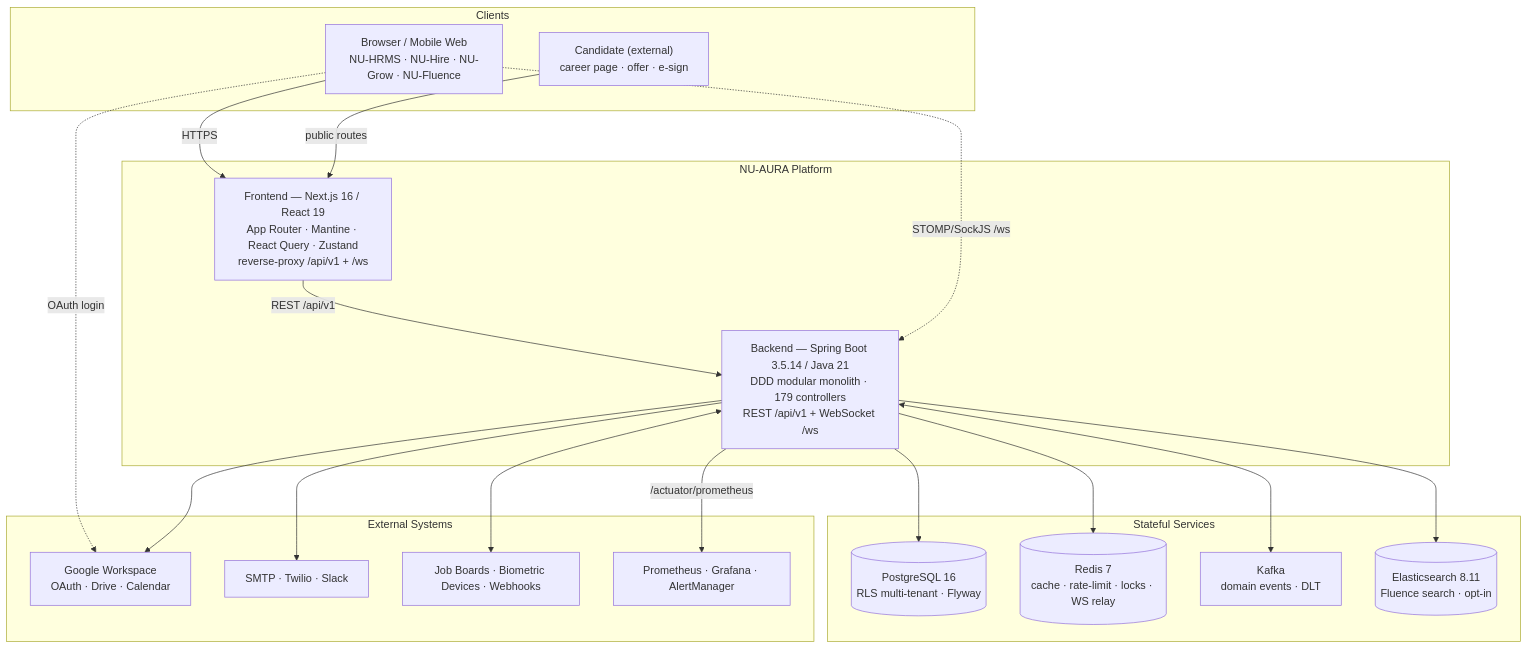
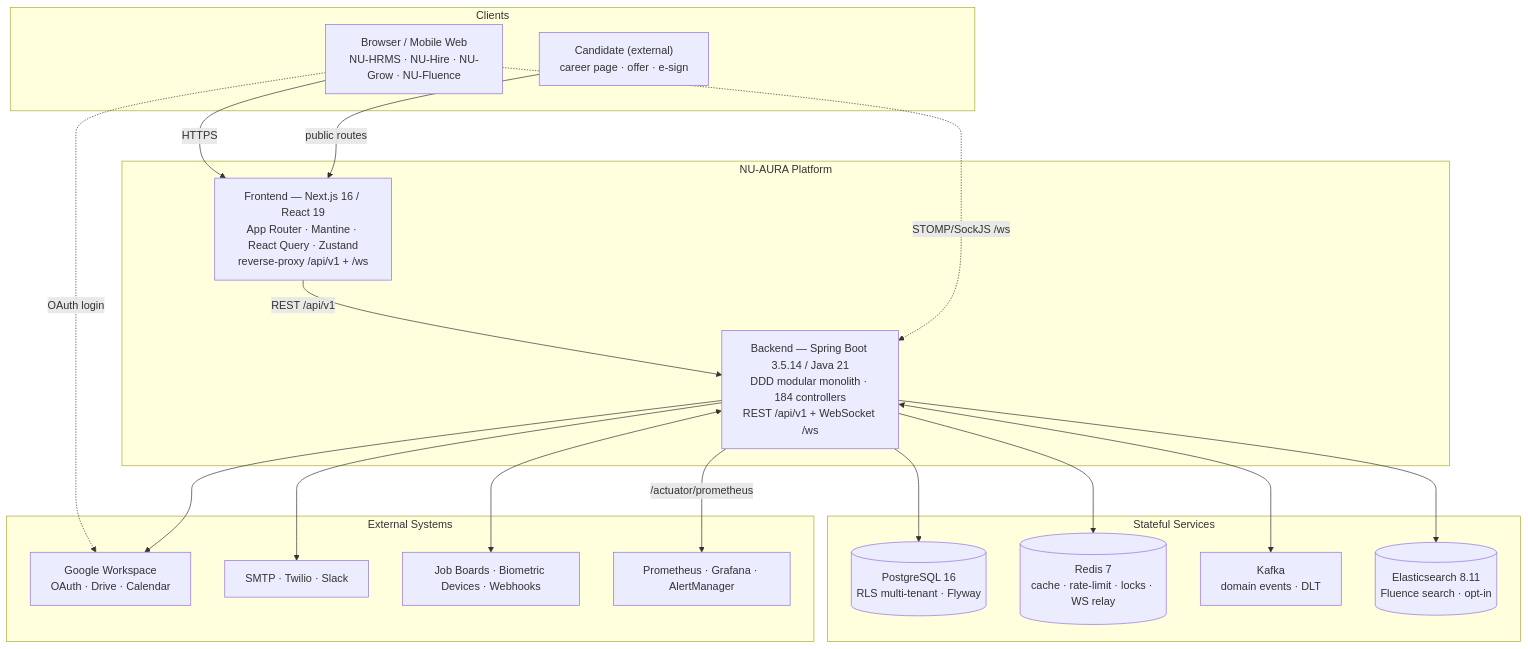
One commit to fayaz30395/nu-aura changed the first of 3 diagrams in docs/obsidian/01-Architecture/System-Overview.md. Above: the diagram before and after it, drawn with Mermaid. The commit also changed other lines of this file and 51 other files, not shown here.

````diff
--- a/docs/obsidian/01-Architecture/System-Overview.md
+++ b/docs/obsidian/01-Architecture/System-Overview.md
@@ -59,40 +68,40 @@
 ```mermaid
 flowchart TB
     subgraph client["Clients"]
         BROWSER["Browser / Mobile Web<br/>NU-HRMS · NU-Hire · NU-Grow · NU-Fluence"]
         CAND["Candidate (external)<br/>career page · offer · e-sign"]
     end
 
     subgraph platform["NU-AURA Platform"]
         FE["Frontend — Next.js 16 / React 19<br/>App Router · Mantine · React Query · Zustand<br/>reverse-proxy /api/v1 + /ws"]
-        BE["Backend — Spring Boot 3.5.14 / Java 21<br/>DDD modular monolith · 179 controllers<br/>REST /api/v1 + WebSocket /ws"]
+        BE["Backend — Spring Boot 3.5.14 / Java 21<br/>DDD modular monolith · 184 controllers<br/>REST /api/v1 + WebSocket /ws"]
     end
 
     subgraph stateful["Stateful Services"]
         PG[("PostgreSQL 16<br/>RLS multi-tenant · Flyway")]
         RD[("Redis 7<br/>cache · rate-limit · locks · WS relay")]
         KF["Kafka<br/>domain events · DLT"]
         ES[("Elasticsearch 8.11<br/>Fluence search · opt-in")]
     end
 
     subgraph external["External Systems"]
         GOOGLE["Google Workspace<br/>OAuth · Drive · Calendar"]
         COMMS["SMTP · Twilio · Slack"]
         BOARDS["Job Boards · Biometric Devices · Webhooks"]
         OBS["Prometheus · Grafana · AlertManager"]
     end
 
     BROWSER -->|HTTPS| FE
     CAND -->|public routes| FE
     FE -->|REST /api/v1| BE
     BROWSER -.->|STOMP/SockJS /ws| BE
     BROWSER -.->|OAuth login| GOOGLE
     BE --> PG
     BE --> RD
     BE <--> KF
     BE --> ES
     BE --> GOOGLE
     BE --> COMMS
     BE <--> BOARDS
     BE -->|/actuator/prometheus| OBS
 ```
````
